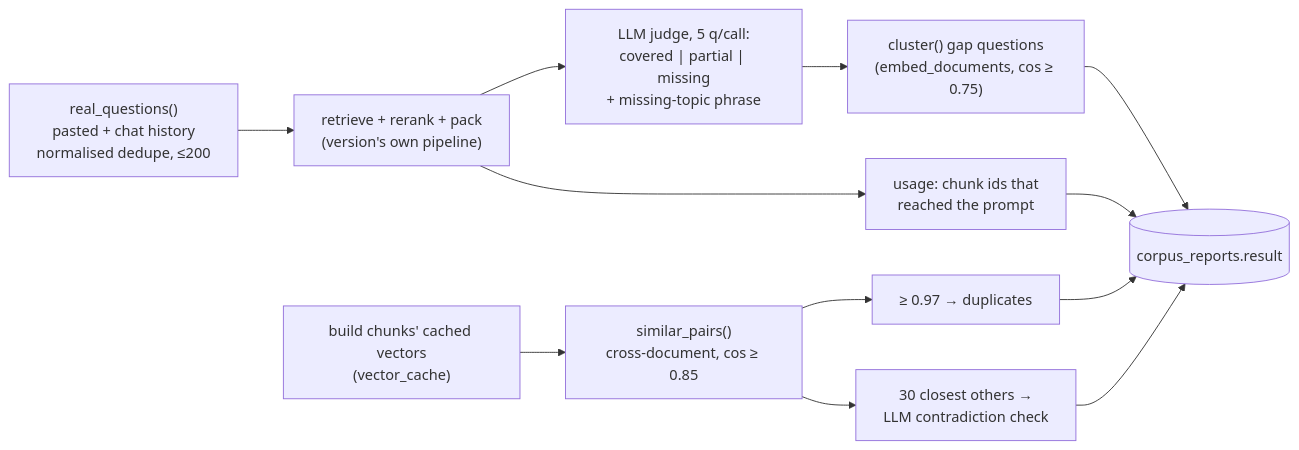
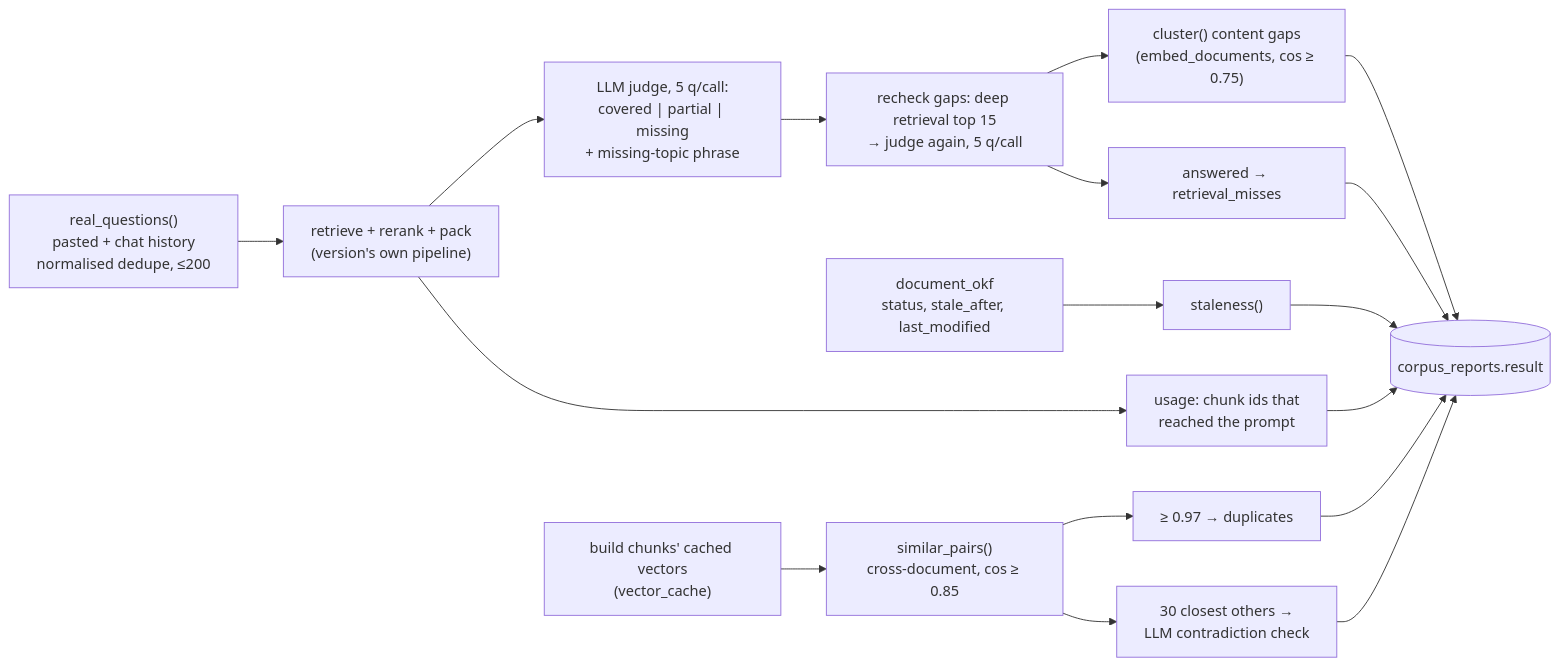
The sixth of 6 diagrams in DEVELOPER_ARCHITECTURE.md (anurag-njr11/Rag-Labs), drawn with Mermaid before and after one commit. The commit also changed other lines of this file and 37 other files, not shown here.

First line of the commit message:
Phase 2: facets + failure modes 5-7, judge model, nDCG/p95, OKF metadata + staleness, retrieval-miss gaps, semantic chunker, query expansion, context window

````diff
--- a/DEVELOPER_ARCHITECTURE.md
+++ b/DEVELOPER_ARCHITECTURE.md
@@ -1472,14 +1496,18 @@
 ```mermaid
 flowchart LR
     Q["real_questions()<br/>pasted + chat history<br/>normalised dedupe, ≤200"] --> R["retrieve + rerank + pack<br/>(version's own pipeline)"]
     R --> J["LLM judge, 5 q/call:<br/>covered | partial | missing<br/>+ missing-topic phrase"]
-    J --> C["cluster() gap questions<br/>(embed_documents, cos ≥ 0.75)"]
+    J --> RC["recheck gaps: deep retrieval top 15<br/>→ judge again, 5 q/call"]
+    RC --> M["answered → retrieval_misses"]
+    RC --> C["cluster() content gaps<br/>(embed_documents, cos ≥ 0.75)"]
     R --> U["usage: chunk ids that<br/>reached the prompt"]
     V["build chunks' cached vectors<br/>(vector_cache)"] --> P["similar_pairs()<br/>cross-document, cos ≥ 0.85"]
     P --> D["≥ 0.97 → duplicates"]
     P --> X["30 closest others →<br/>LLM contradiction check"]
     C --> RES[("corpus_reports.result")]
+    M --> RES
+    S["document_okf<br/>status, stale_after, last_modified"] --> ST["staleness()"] --> RES
     U --> RES
     D --> RES
     X --> RES
 ```
````
